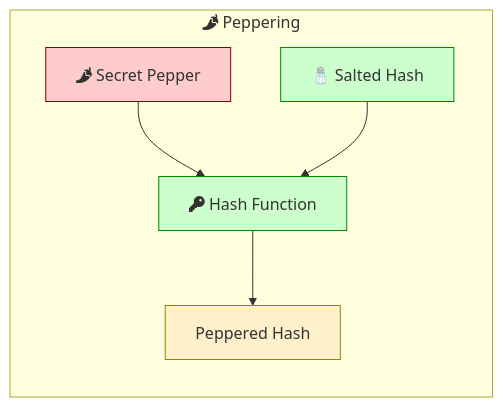
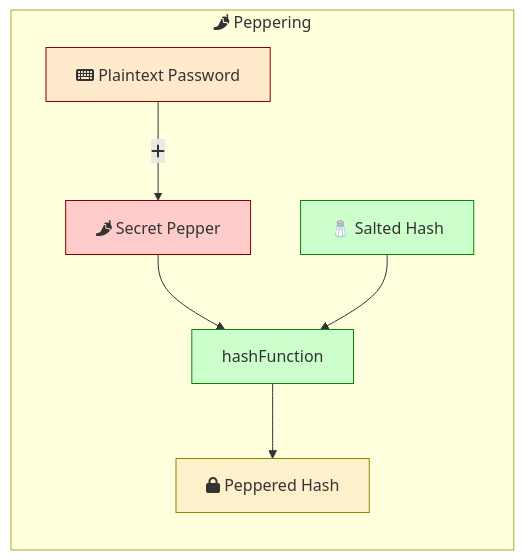
Before and after one commit to kelvin-bz/blog: the fifth of 9 diagrams in _posts/2024-06-30-password-hassing.md, drawn with Mermaid. The commit also changed other lines of this file, not shown here.

````diff
--- a/_posts/2024-06-30-password-hassing.md
+++ b/_posts/2024-06-30-password-hassing.md
@@ -139,17 +141,19 @@
 ```mermaid
 graph LR
 subgraph peppering["fa:fa-pepper-hot Peppering"]
-    pepper["fa:fa-pepper-hot Secret Pepper"]
+    plaintextPassword["fa:fa-keyboard Plaintext Password"] --> |fa:fa-plus|pepper["fa:fa-pepper-hot Secret Pepper"]
     saltedHash["🧂 Salted Hash"]
 
-    pepper --> hashFunction["fa:fa-key Hash Function"]
+    pepper --> hashFunction
     saltedHash --> hashFunction
 
-    hashFunction --> pepperedHash["Peppered Hash"]
+    hashFunction --> pepperedHash["fa:fa-lock Peppered Hash"]
 end
 
+style plaintextPassword fill:#ffebcc,stroke:#800
 style pepper fill:#ffcccc,stroke:#800
 style saltedHash fill:#ccffcc,stroke:#080
 style hashFunction fill:#ccffcc,stroke:#080
 style pepperedHash fill:#fff0cc,stroke:#880
+
 ```
````
